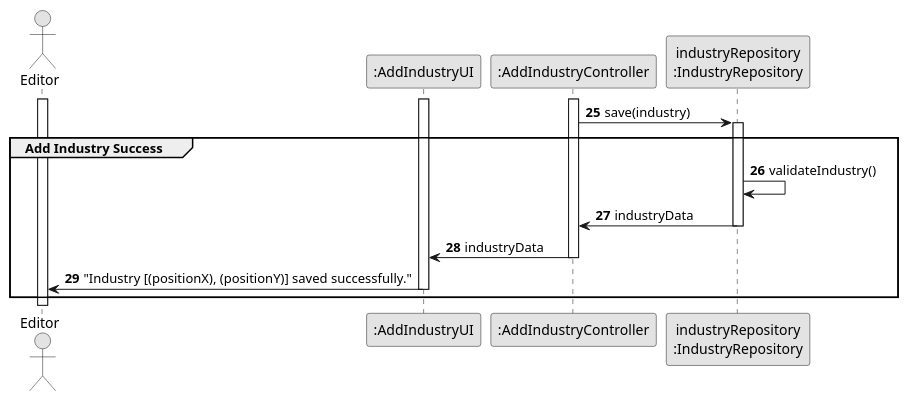
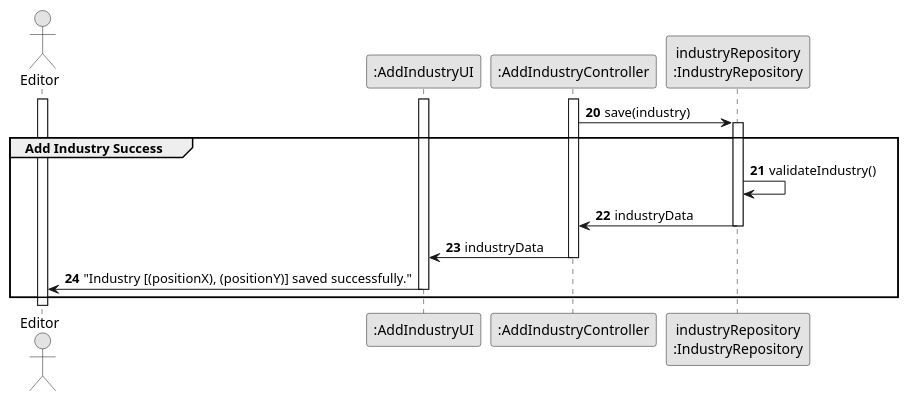
The diagram in docs/sprint2/us002/03.design/puml/us002-sd-partial-add-industry-success.puml (ivasduarte/all-aboard), drawn with PlantUML before and after one commit. The commit also changed 5 other files, not shown here.

```diff
--- a/docs/sprint2/us002/03.design/puml/us002-sd-partial-add-industry-success.puml
+++ b/docs/sprint2/us002/03.design/puml/us002-sd-partial-add-industry-success.puml
@@ -1,32 +1,32 @@
 @startuml
 skinparam monochrome true
 skinparam packageStyle rectangle
 skinparam shadowing false
 
-autonumber 25
+autonumber 20
 
 actor Editor
 participant ":AddIndustryUI" as UI
 participant ":AddIndustryController" as CTRL
 participant "industryRepository\n:IndustryRepository" as repo
 
 activate Editor
 activate UI
 activate CTRL
 
 CTRL -> repo : save(industry)
 activate repo
 
 group Add Industry Success
     repo -> repo : validateIndustry()
     repo -> CTRL : industryData
     deactivate repo
 
     CTRL -> UI : industryData
     deactivate CTRL
 
     UI -> Editor : "Industry [(positionX), (positionY)] saved successfully."
     deactivate UI
 end
 
 @enduml
```
